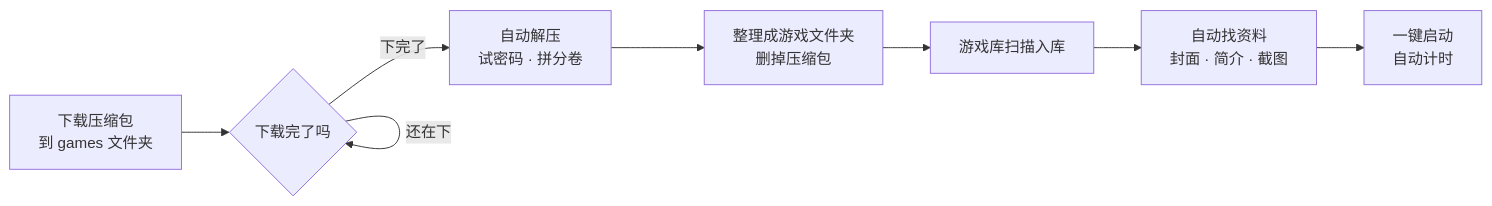
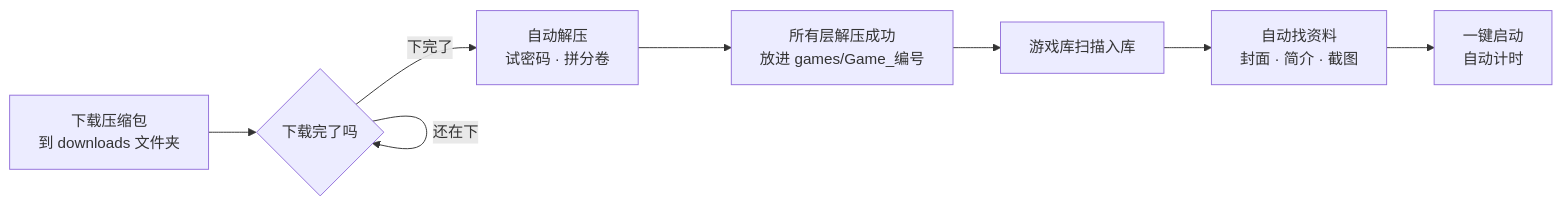
The diagram in README.md (1606835963aa/cecilia-game-library), drawn with Mermaid before and after one commit. The commit also changed other lines of this file and 11 other files, not shown here.

````diff
--- a/README.md
+++ b/README.md
@@ -58,10 +59,10 @@
 ```mermaid
 flowchart LR
-    A[下载压缩包<br>到 games 文件夹] --> B{下载完了吗}
+    A[下载压缩包<br>到 downloads 文件夹] --> B{下载完了吗}
     B -- 还在下 --> B
     B -- 下完了 --> C[自动解压<br>试密码 · 拼分卷]
-    C --> D[整理成游戏文件夹<br>删掉压缩包]
+    C --> D[所有层解压成功<br>放进 games/Game_编号]
     D --> E[游戏库扫描入库]
     E --> F[自动找资料<br>封面 · 简介 · 截图]
     F --> G[一键启动<br>自动计时]
 ```
````
